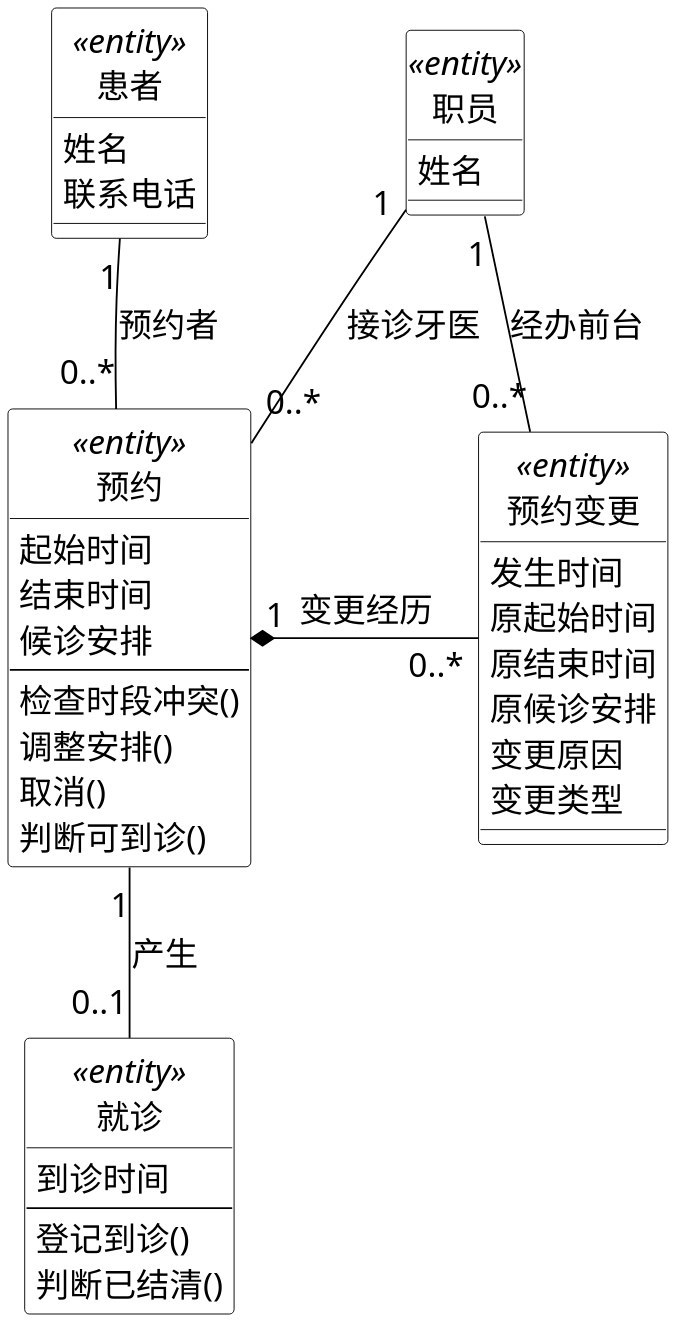
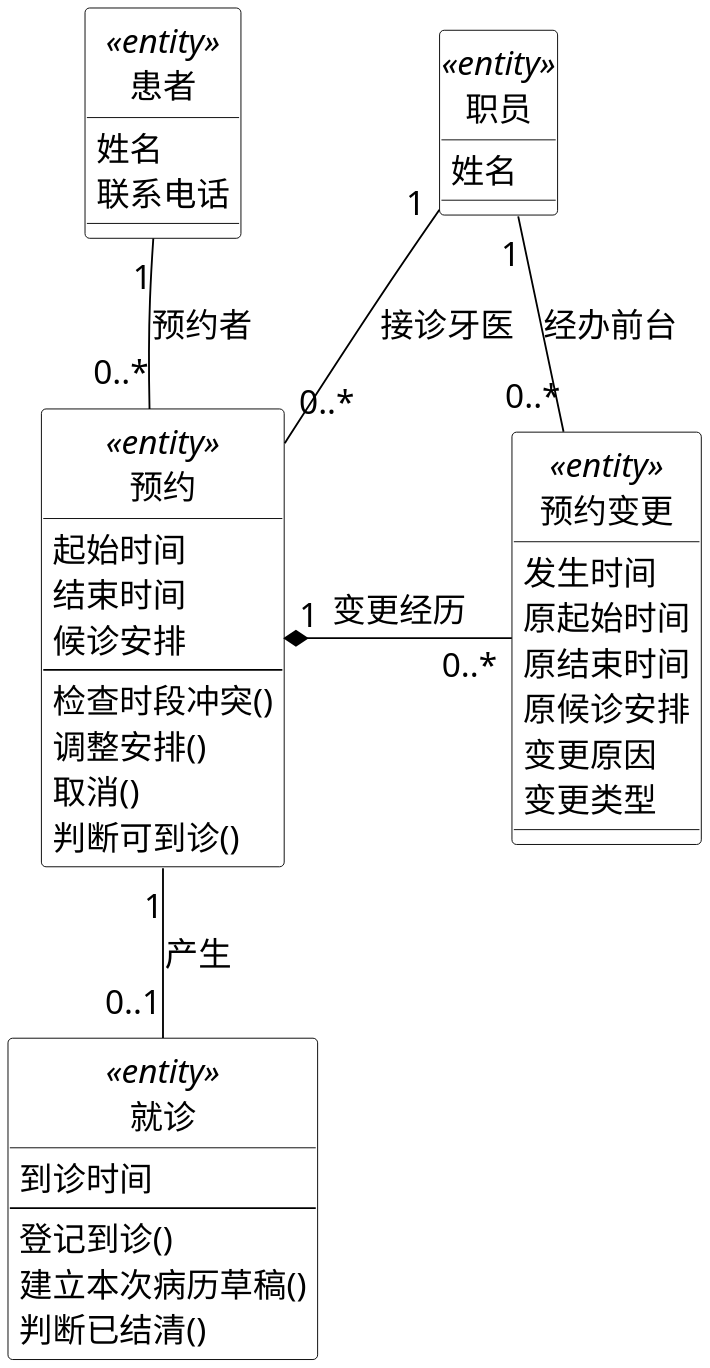
The diagram in 01-需求文档/diagrams/11-analysis-reception-entities.puml (Shawmc-creator/systemAnalyseAndDesign), drawn with PlantUML before and after one commit. The commit also changed 50 other files, not shown here.

Commit message:
Revise requirements document and analysis diagrams

```diff
--- a/01-需求文档/diagrams/11-analysis-reception-entities.puml
+++ b/01-需求文档/diagrams/11-analysis-reception-entities.puml
@@ -1,54 +1,55 @@
 @startuml
 skinparam backgroundColor white
 skinparam shadowing false
 skinparam defaultFontName SimSun
 skinparam defaultFontSize 18
 skinparam dpi 220
 skinparam ArrowColor black
 skinparam class {
  BackgroundColor white
  BorderColor black
  FontColor black
 }
 skinparam classAttributeIconSize 0
 hide circle
 top to bottom direction
 skinparam nodesep 50
 skinparam ranksep 65
 class "患者" as Patient <<entity>> {
  姓名
  联系电话
 }
 class "职员" as Staff <<entity>> {
  姓名
 }
 class "预约" as Appointment <<entity>> {
  起始时间
  结束时间
  候诊安排
  --
  检查时段冲突()
  调整安排()
  取消()
  判断可到诊()
 }
 class "预约变更" as Change <<entity>> {
  发生时间
  原起始时间
  原结束时间
  原候诊安排
  变更原因
  变更类型
 }
 class "就诊" as Visit <<entity>> {
  到诊时间
  --
  登记到诊()
+ 建立本次病历草稿()
  判断已结清()
 }
 Patient "1" -- "0..*" Appointment : 预约者
 Staff "1" -- "0..*" Appointment : 接诊牙医
 Appointment "1" *-right- "0..*" Change : 变更经历
 Appointment "1" -down- "0..1" Visit : 产生
 Staff "1" -- "0..*" Change : 经办前台
 @enduml
```
